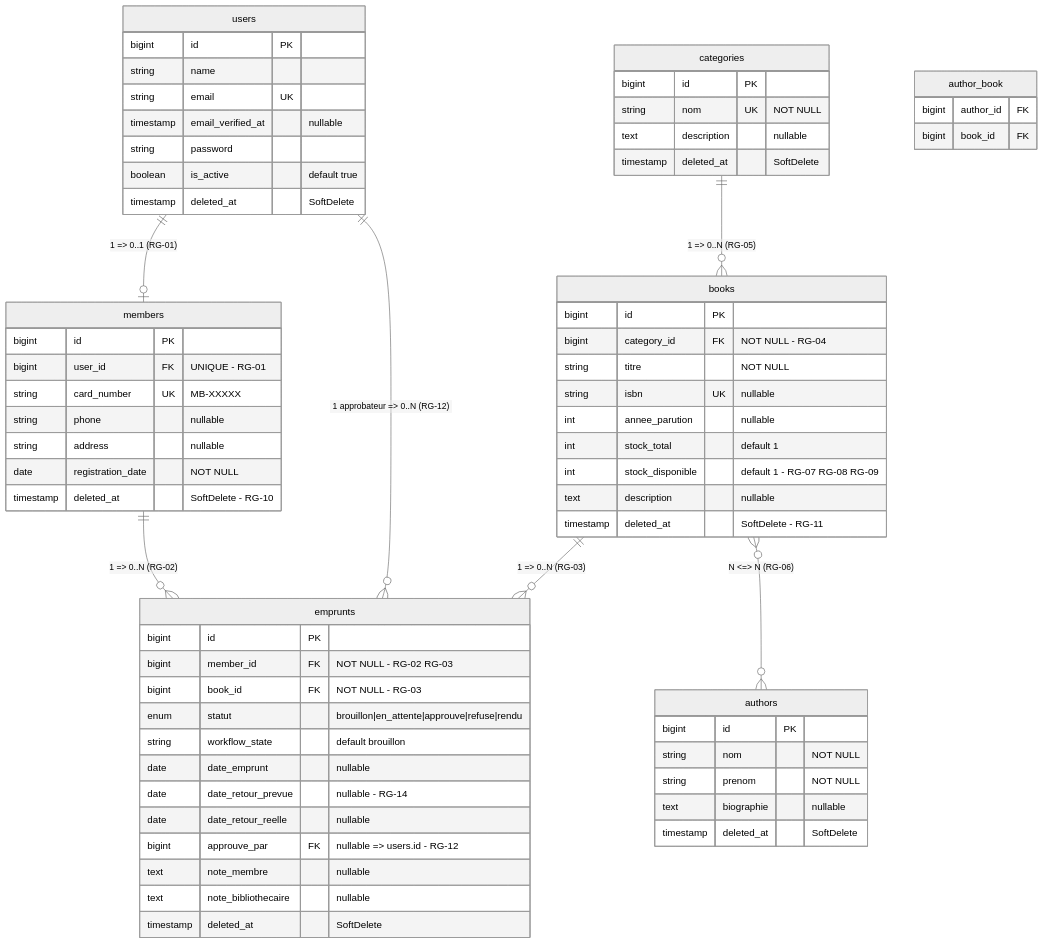
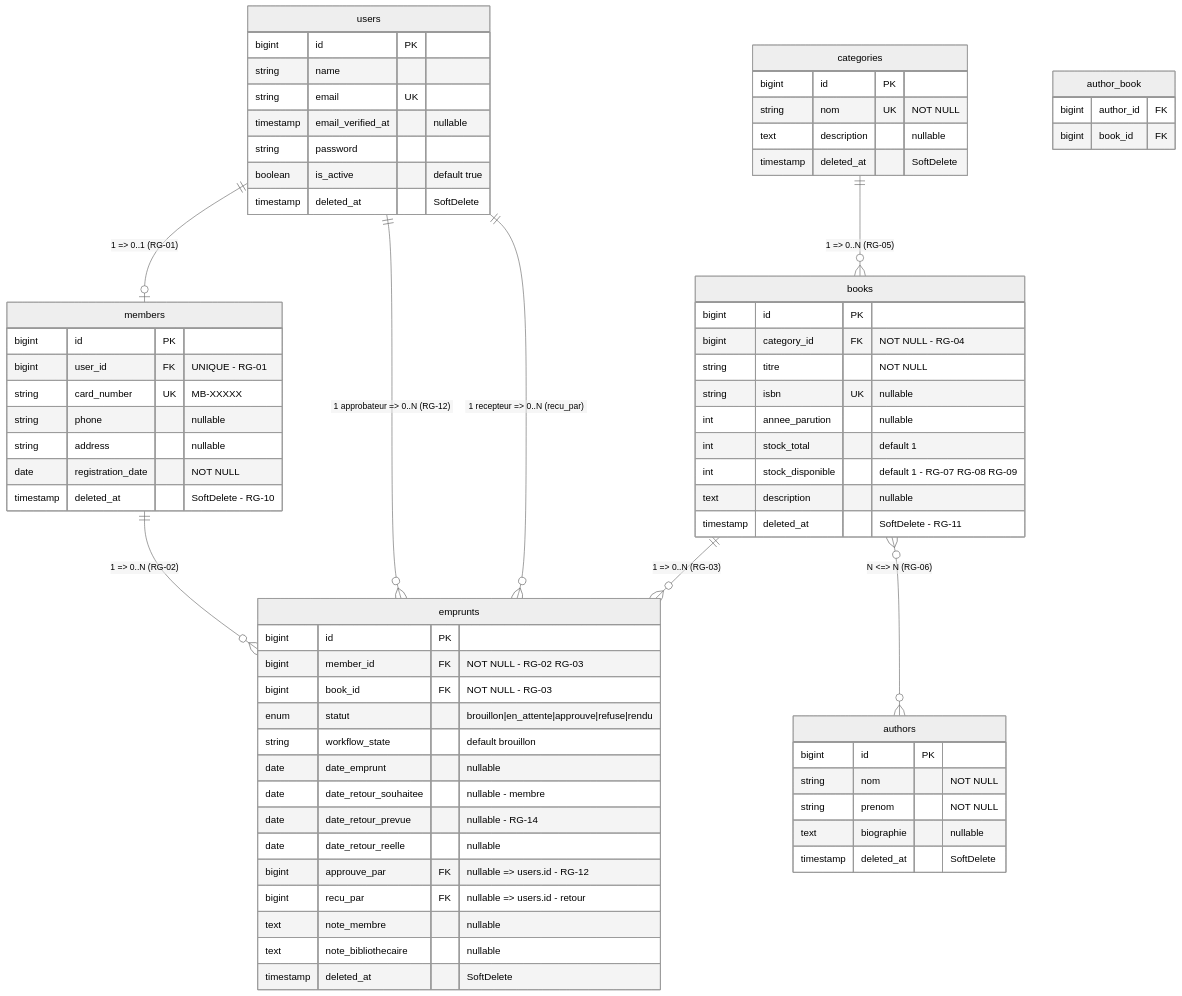
One commit to fernand-kamdem/mini-biblio changed the diagram in README.md. Above: the diagram before and after it, drawn with Mermaid (neutral theme). The commit also changed other lines of this file and 27 other files, not shown here.

Commit message:
Ajouter la gestion admin des emprunts : liste, approbation, refus et retour. Expose le flux biblio/admin (filtres, notes, recu_par) sans la gestion des bibliothécaires.

````diff
--- a/README.md
+++ b/README.md
@@ -273,77 +298,80 @@
 ```mermaid
 erDiagram
 
     users ||--o| members : "1 => 0..1 (RG-01)"
     members ||--o{ emprunts : "1 => 0..N (RG-02)"
     books ||--o{ emprunts : "1 => 0..N (RG-03)"
     categories ||--o{ books : "1 => 0..N (RG-05)"
     books }o--o{ authors : "N <=> N (RG-06)"
     users ||--o{ emprunts : "1 approbateur => 0..N (RG-12)"
+    users ||--o{ emprunts : "1 recepteur => 0..N (recu_par)"
 
     users {
         bigint id PK
         string name
         string email UK
         timestamp email_verified_at "nullable"
         string password
         boolean is_active "default true"
         timestamp deleted_at "SoftDelete"
     }
 
     members {
         bigint id PK
         bigint user_id FK "UNIQUE - RG-01"
         string card_number UK "MB-XXXXX"
         string phone "nullable"
         string address "nullable"
         date registration_date "NOT NULL"
         timestamp deleted_at "SoftDelete - RG-10"
     }
 
     categories {
         bigint id PK
         string nom UK "NOT NULL"
         text description "nullable"
         timestamp deleted_at "SoftDelete"
     }
 
     authors {
         bigint id PK
         string nom "NOT NULL"
         string prenom "NOT NULL"
         text biographie "nullable"
         timestamp deleted_at "SoftDelete"
     }
 
     books {
         bigint id PK
         bigint category_id FK "NOT NULL - RG-04"
         string titre "NOT NULL"
         string isbn UK "nullable"
         int annee_parution "nullable"
         int stock_total "default 1"
         int stock_disponible "default 1 - RG-07 RG-08 RG-09"
         text description "nullable"
         timestamp deleted_at "SoftDelete - RG-11"
     }
 
     author_book {
         bigint author_id FK
         bigint book_id FK
     }
 
     emprunts {
         bigint id PK
         bigint member_id FK "NOT NULL - RG-02 RG-03"
         bigint book_id FK "NOT NULL - RG-03"
         enum statut "brouillon|en_attente|approuve|refuse|rendu"
         string workflow_state "default brouillon"
         date date_emprunt "nullable"
+        date date_retour_souhaitee "nullable - membre"
         date date_retour_prevue "nullable - RG-14"
         date date_retour_reelle "nullable"
         bigint approuve_par FK "nullable => users.id - RG-12"
+        bigint recu_par FK "nullable => users.id - retour"
         text note_membre "nullable"
         text note_bibliothecaire "nullable"
         timestamp deleted_at "SoftDelete"
     }
 ```
````
